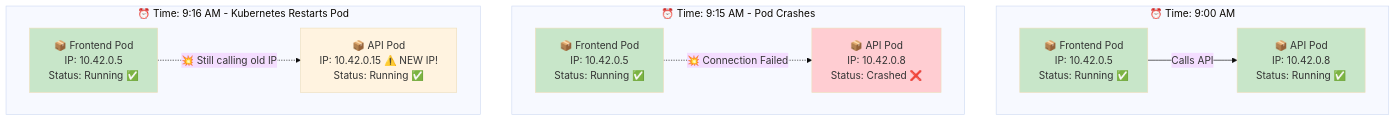
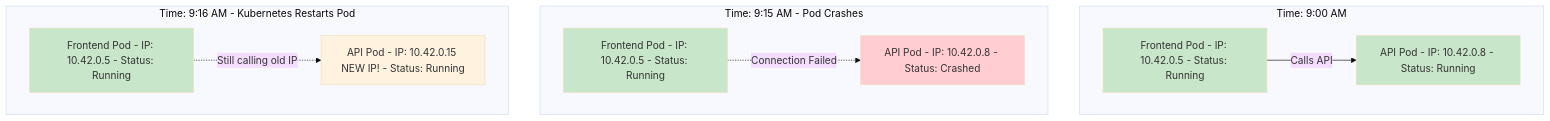
The seventh of 26 diagrams in Section-2-DevOps/Session-7_Kubernetes/04-services-networking/README.md (manikcloud/cloud-devops-learning-path), drawn with Mermaid (base theme) before and after one commit. The commit also changed other lines of this file, not shown here.

First line of the commit message:
Fix mermaid diagram syntax errors - Part 1

````diff
--- a/Section-2-DevOps/Session-7_Kubernetes/04-services-networking/README.md
+++ b/Section-2-DevOps/Session-7_Kubernetes/04-services-networking/README.md
@@ -254,30 +254,30 @@
 ```mermaid
 graph TB
-    subgraph "⏰ Time: 9:00 AM"
-        POD1[📦 Frontend Pod<br/>IP: 10.42.0.5<br/>Status: Running ✅]
-        POD2[📦 API Pod<br/>IP: 10.42.0.8<br/>Status: Running ✅]
+    subgraph "Time: 9:00 AM"
+        POD1[Frontend Pod - IP: 10.42.0.5 - Status: Running]
+        POD2[API Pod - IP: 10.42.0.8 - Status: Running]
         
         POD1 -->|Calls API| POD2
     end
     
-    subgraph "⏰ Time: 9:15 AM - Pod Crashes"
-        POD1B[📦 Frontend Pod<br/>IP: 10.42.0.5<br/>Status: Running ✅]
-        POD2B[📦 API Pod<br/>IP: 10.42.0.8<br/>Status: Crashed ❌]
+    subgraph "Time: 9:15 AM - Pod Crashes"
+        POD1B[Frontend Pod - IP: 10.42.0.5 - Status: Running]
+        POD2B[API Pod - IP: 10.42.0.8 - Status: Crashed]
         
-        POD1B -.->|💥 Connection Failed| POD2B
+        POD1B -.->|Connection Failed| POD2B
     end
     
-    subgraph "⏰ Time: 9:16 AM - Kubernetes Restarts Pod"
-        POD1C[📦 Frontend Pod<br/>IP: 10.42.0.5<br/>Status: Running ✅]
-        POD2C[📦 API Pod<br/>IP: 10.42.0.15 ⚠️ NEW IP!<br/>Status: Running ✅]
+    subgraph "Time: 9:16 AM - Kubernetes Restarts Pod"
+        POD1C[Frontend Pod - IP: 10.42.0.5 - Status: Running]
+        POD2C[API Pod - IP: 10.42.0.15 NEW IP! - Status: Running]
         
-        POD1C -.->|💥 Still calling old IP| POD2C
+        POD1C -.->|Still calling old IP| POD2C
     end
     
     style POD1 fill:#c8e6c9
     style POD2 fill:#c8e6c9
     style POD1B fill:#c8e6c9
     style POD2B fill:#ffcdd2
     style POD1C fill:#c8e6c9
     style POD2C fill:#fff3e0
 ```
````
